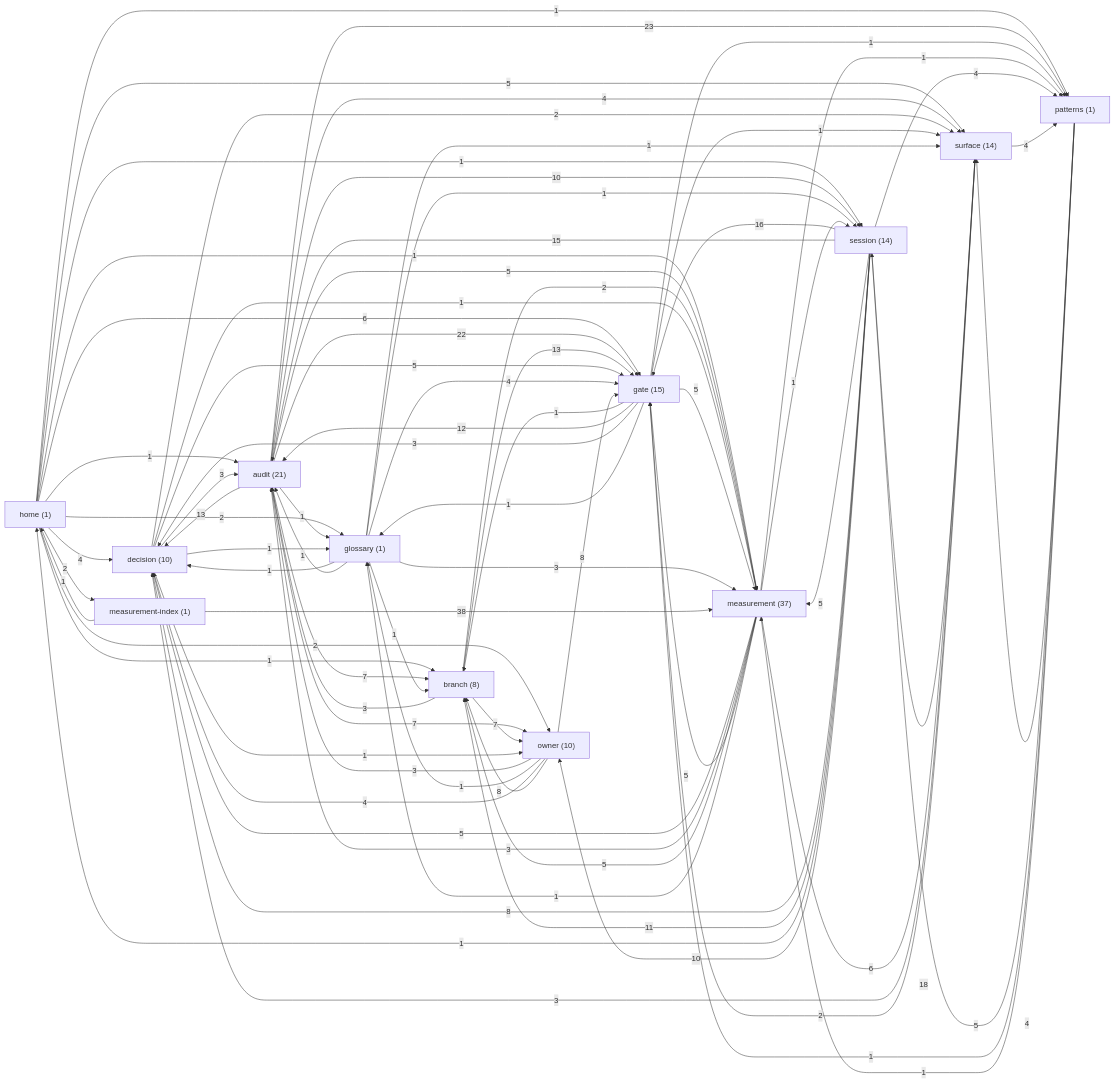
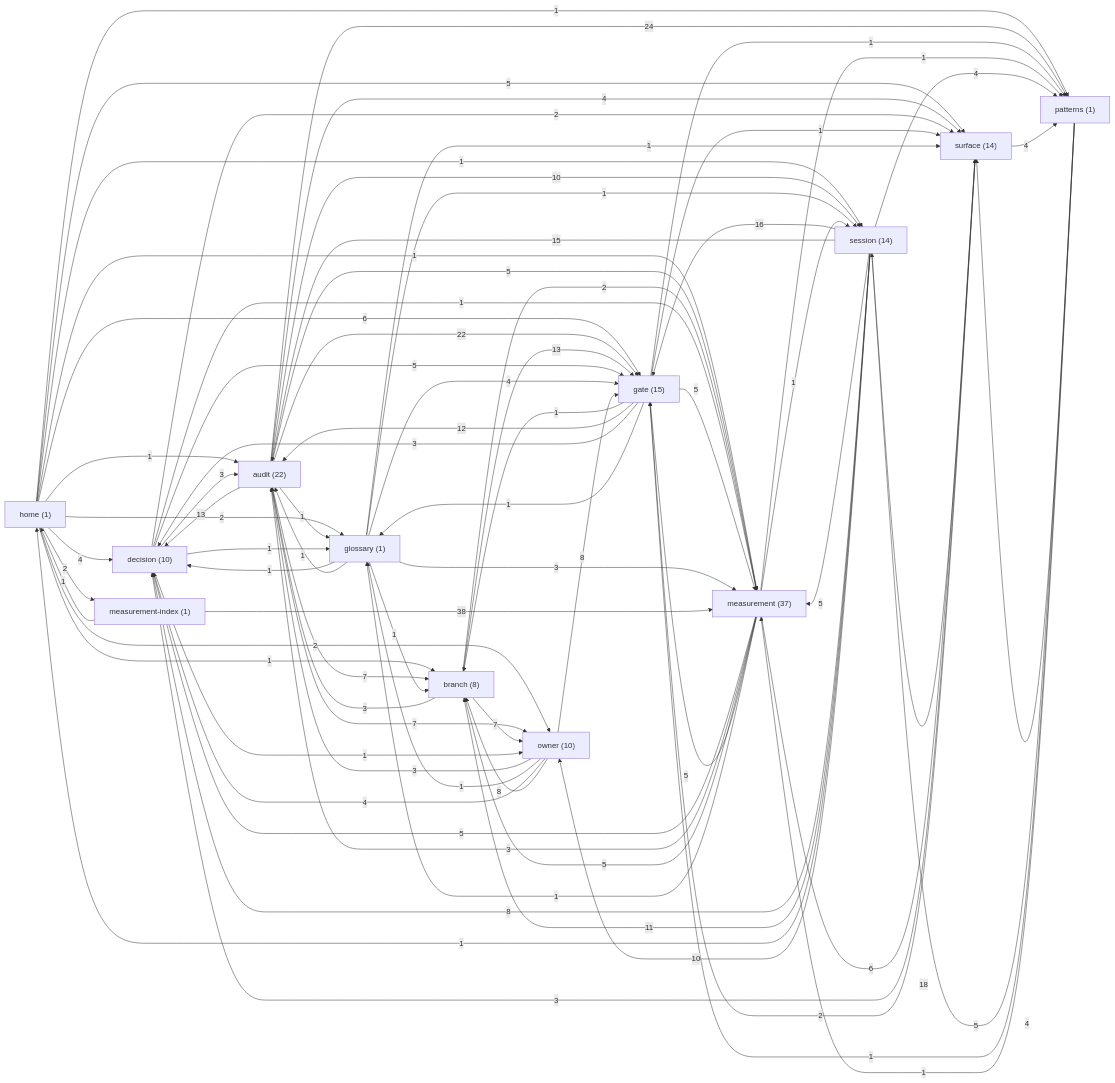
The diagram in docs/brain/GRAPH.md (sergey9519546/STORYMACHINE), drawn with Mermaid before and after one commit. The commit also changed other lines of this file and 4 other files, not shown here.

````diff
--- a/docs/brain/GRAPH.md
+++ b/docs/brain/GRAPH.md
@@ -9,7 +9,7 @@
 ```mermaid
 graph LR
   home["home (1)"]
-  audit["audit (21)"]
+  audit["audit (22)"]
   branch["branch (8)"]
   decision["decision (10)"]
   gate["gate (15)"]
@@ -36,7 +36,7 @@
   audit -->|7| branch
   audit -->|22| gate
   audit -->|13| decision
-  audit -->|23| patterns
+  audit -->|24| patterns
   audit -->|7| owner
   audit -->|4| surface
   audit -->|5| measurement
````
